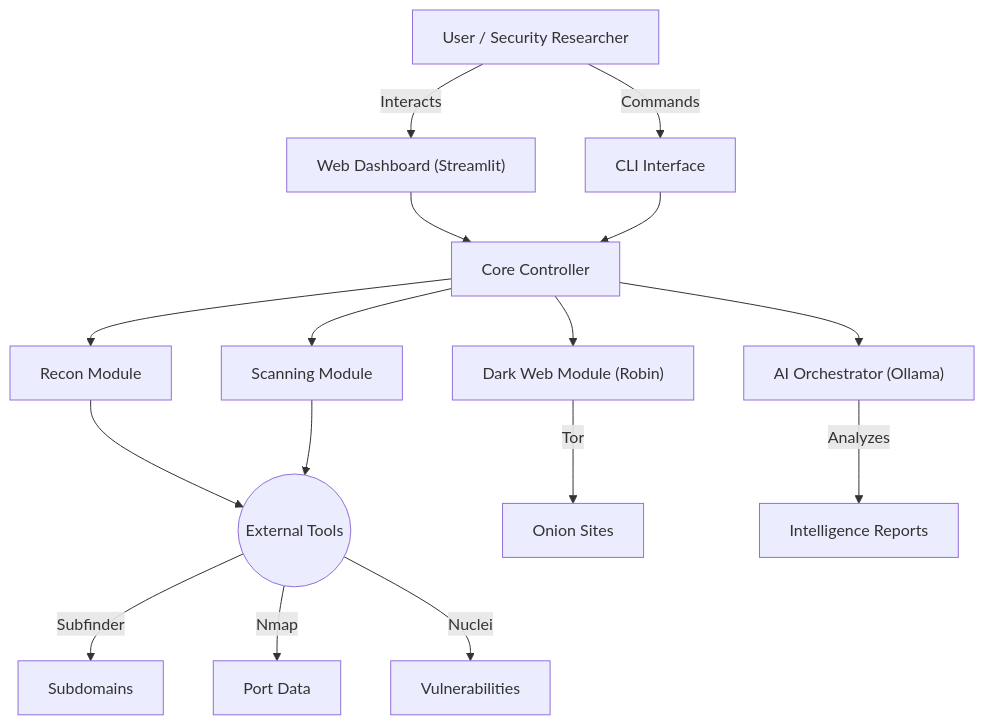
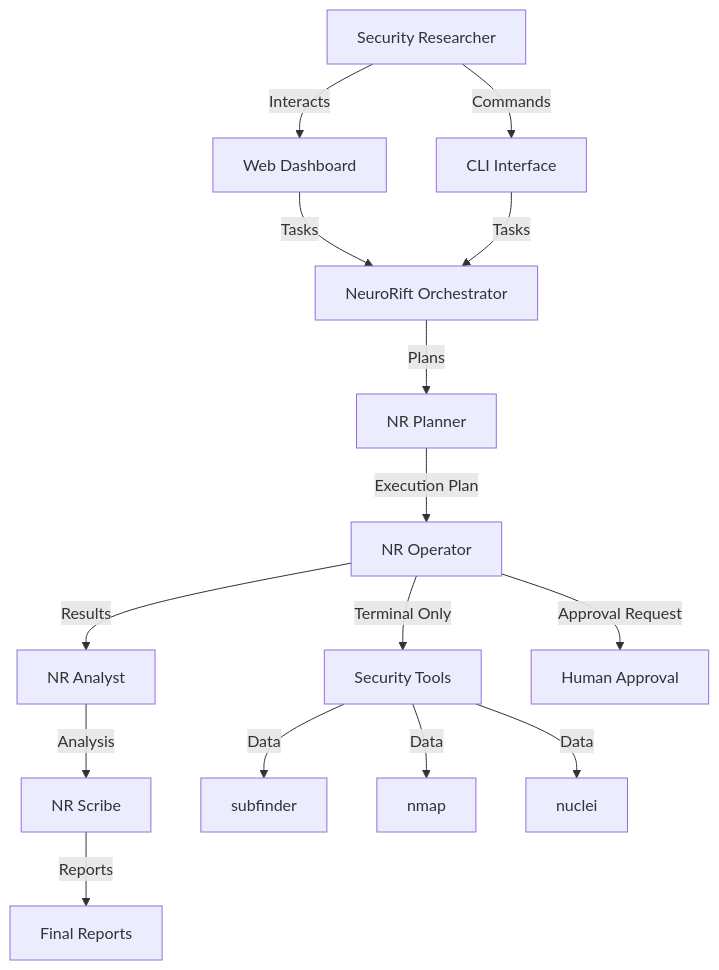
The diagram in README.md (demonking369/VulnForge), drawn with Mermaid before and after one commit. The commit also changed other lines of this file and 1286 other files, not shown here.

````diff
--- a/README.md
+++ b/README.md
@@ -44,23 +50,21 @@
 ```mermaid
 graph TD
-    User["User / Security Researcher"] -->|Interacts| Dashboard["Web Dashboard (Streamlit)"]
+    User["Security Researcher"] -->|Interacts| Dashboard["Web Dashboard"]
     User -->|Commands| CLI["CLI Interface"]
     
-    Dashboard & CLI --> Controller["Core Controller"]
+    Dashboard & CLI -->|Tasks| Orchestrator["NeuroRift Orchestrator"]
     
-    Controller --> AI["AI Orchestrator (Ollama)"]
-    Controller --> Recon["Recon Module"]
-    Controller --> DarkWeb["Dark Web Module (Robin)"]
-    Controller --> Scanning["Scanning Module"]
+    Orchestrator -->|Plans| Planner["NR Planner"]
+    Planner -->|Execution Plan| Operator["NR Operator"]
+    Operator -->|Results| Analyst["NR Analyst"]
+    Analyst -->|Analysis| Scribe["NR Scribe"]
     
-    Recon --> Tools(("External Tools"))
-    Scanning --> Tools
+    Operator -->|Terminal Only| Tools["Security Tools"]
+    Operator -->|Approval Request| Human["Human Approval"]
     
-    Tools -->|Subfinder| Subdomains["Subdomains"]
-    Tools -->|Nmap| Ports["Port Data"]
-    Tools -->|Nuclei| Vulns["Vulnerabilities"]
+    Tools -->|Data| Subfinder["subfinder"]
+    Tools -->|Data| Nmap["nmap"]
+    Tools -->|Data| Nuclei["nuclei"]
     
-    DarkWeb -->|Tor| Onion["Onion Sites"]
-    
-    AI -->|Analyzes| Reports["Intelligence Reports"]
+    Scribe -->|Reports| Output["Final Reports"]
 ```
````
